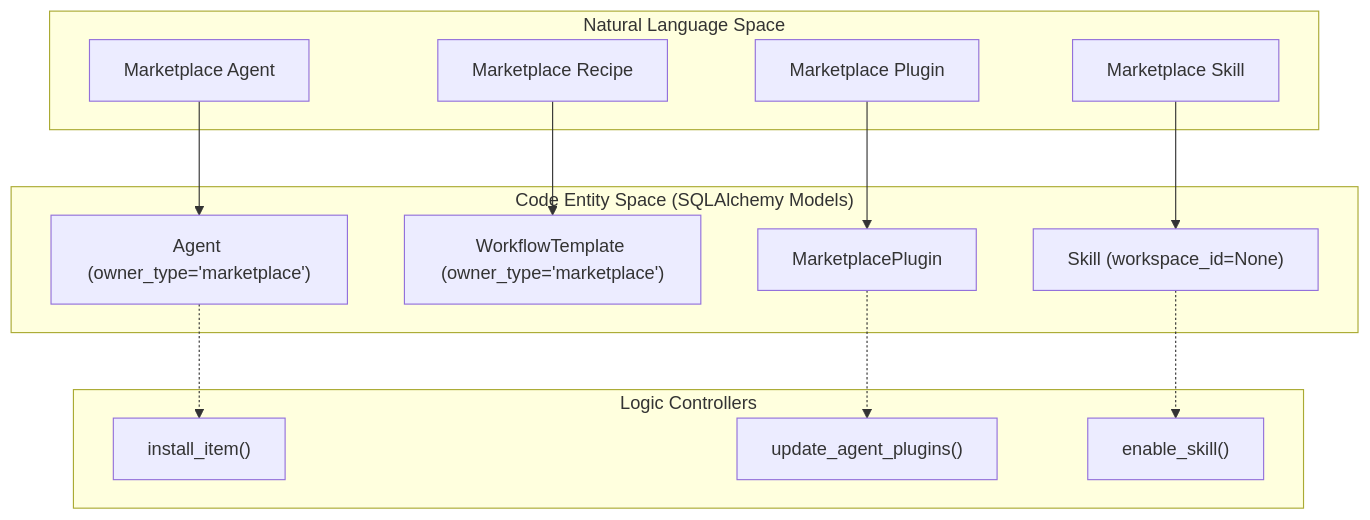
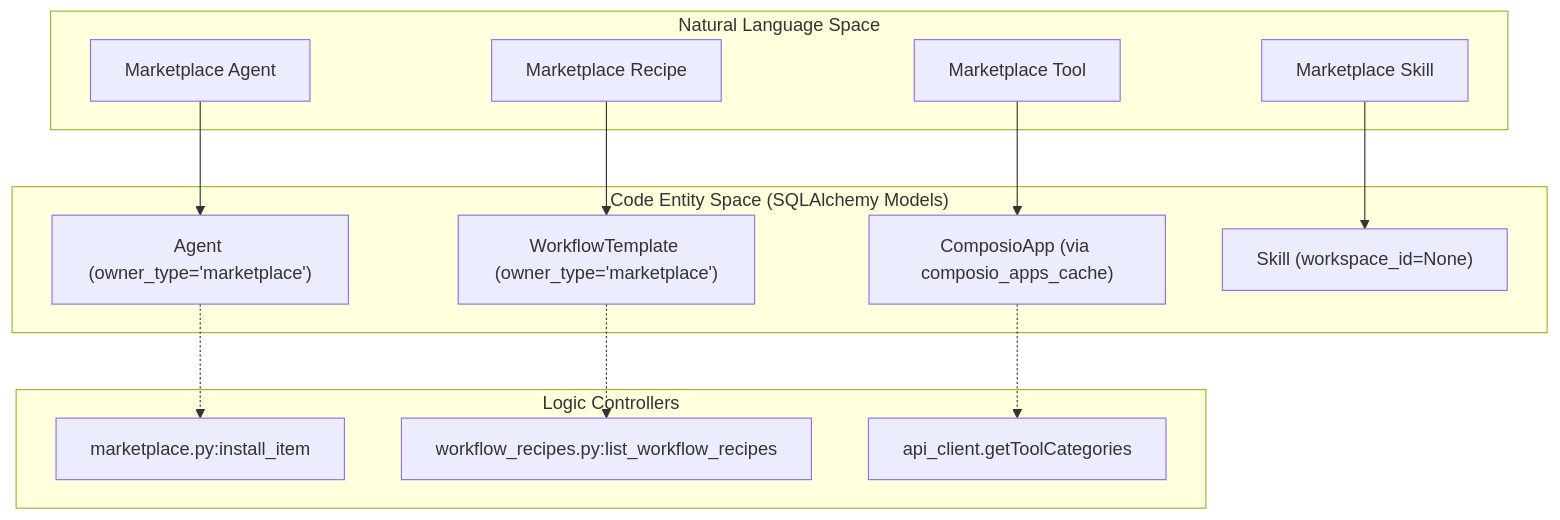
The first of 3 diagrams in docs/community-marketplace/marketplace-backend.md (AutomatosAI/automatos-ai), drawn with Mermaid before and after one commit. The commit also changed other lines of this file and 153 other files, not shown here.

````diff
--- a/docs/community-marketplace/marketplace-backend.md
+++ b/docs/community-marketplace/marketplace-backend.md
@@ -51,31 +45,31 @@
 ```mermaid
 graph TD
-    subgraph "Natural Language Space"
+    subgraph "NaturalLanguageSpace" ["Natural Language Space"]
         MA["Marketplace Agent"]
         MR["Marketplace Recipe"]
-        MP["Marketplace Plugin"]
+        MT["Marketplace Tool"]
         MS["Marketplace Skill"]
     end
 
-    subgraph "Code Entity Space (SQLAlchemy Models)"
+    subgraph "CodeEntitySpace" ["Code Entity Space (SQLAlchemy Models)"]
         ModelAgent["Agent (owner_type='marketplace')"]
         ModelRecipe["WorkflowTemplate (owner_type='marketplace')"]
-        ModelPlugin["MarketplacePlugin"]
+        ModelTool["ComposioApp (via composio_apps_cache)"]
         ModelSkill["Skill (workspace_id=None)"]
     end
 
     MA --> ModelAgent
     MR --> ModelRecipe
-    MP --> ModelPlugin
+    MT --> ModelTool
     MS --> ModelSkill
 
-    subgraph "Logic Controllers"
-        InstallLogic["install_item()"]
-        PluginLogic["update_agent_plugins()"]
-        SkillLogic["enable_skill()"]
+    subgraph "LogicControllers" ["Logic Controllers"]
+        InstallLogic["marketplace.py:install_item"]
+        RecipeLogic["workflow_recipes.py:list_workflow_recipes"]
+        ToolLogic["api_client.getToolCategories"]
     end
 
     ModelAgent -.-> InstallLogic
-    ModelPlugin -.-> PluginLogic
-    ModelSkill -.-> SkillLogic
+    ModelRecipe -.-> RecipeLogic
+    ModelTool -.-> ToolLogic
 ```
````
